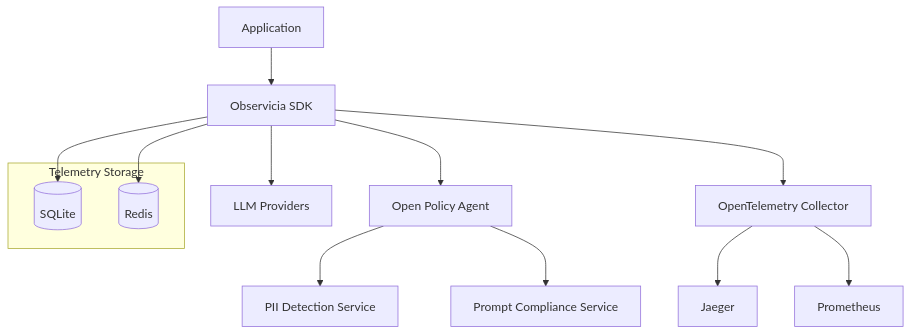
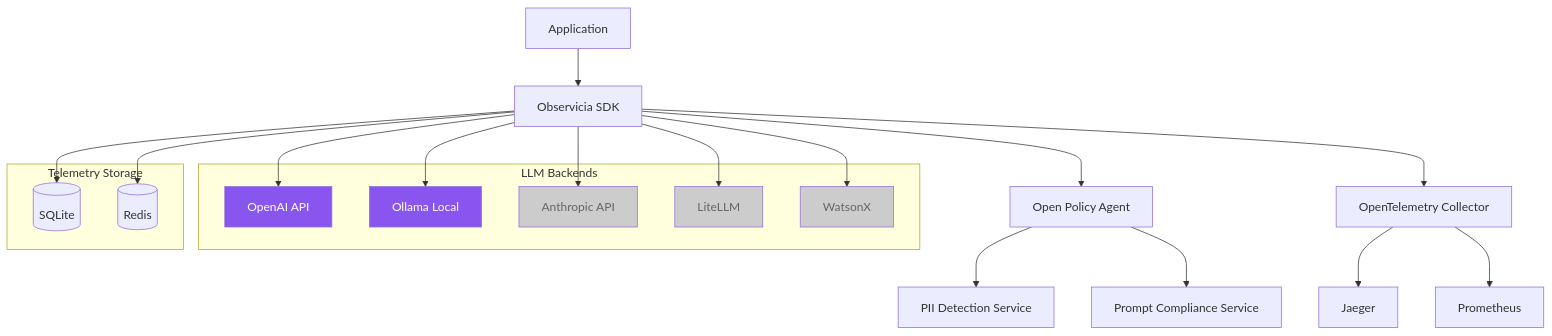
The diagram in README.md (Observicia/Observicia), drawn with Mermaid before and after one commit. The commit also changed other lines of this file, not shown here.

Commit message:
docs(readme): update readme with ollama support

````diff
--- a/README.md
+++ b/README.md
@@ -151,18 +165,39 @@
 ```mermaid
 flowchart TB
     App[Application] --> SDK[Observicia SDK]
-    SDK --> Providers[LLM Providers]
+    subgraph LLM Backends
+        OpenAI[OpenAI API]
+        Ollama[Ollama Local]
+        Anthropic[Anthropic API]
+        LiteLLM[LiteLLM]
+        WatsonX[WatsonX]
+    end
+
+    SDK --> OpenAI
+    SDK --> Ollama
+    SDK --> Anthropic
+    SDK --> LiteLLM
+    SDK --> WatsonX
+
     SDK --> OPA[Open Policy Agent]
     SDK --> OTEL[OpenTelemetry Collector]
     SDK --> SQLite[(SQLite)]
     SDK --> Redis[(Redis)]
+
     OTEL --> Jaeger[Jaeger]
     OTEL --> Prom[Prometheus]
+
     OPA --> PII[PII Detection Service]
     OPA --> Compliance[Prompt Compliance Service]
 
     subgraph Telemetry Storage
         SQLite
         Redis
     end
+
+    style OpenAI fill:#85e,color:#fff
+    style Ollama fill:#85e,color:#fff
+    style Anthropic fill:#ccc,color:#666
+    style LiteLLM fill:#ccc,color:#666
+    style WatsonX fill:#ccc,color:#666
 ```
````
